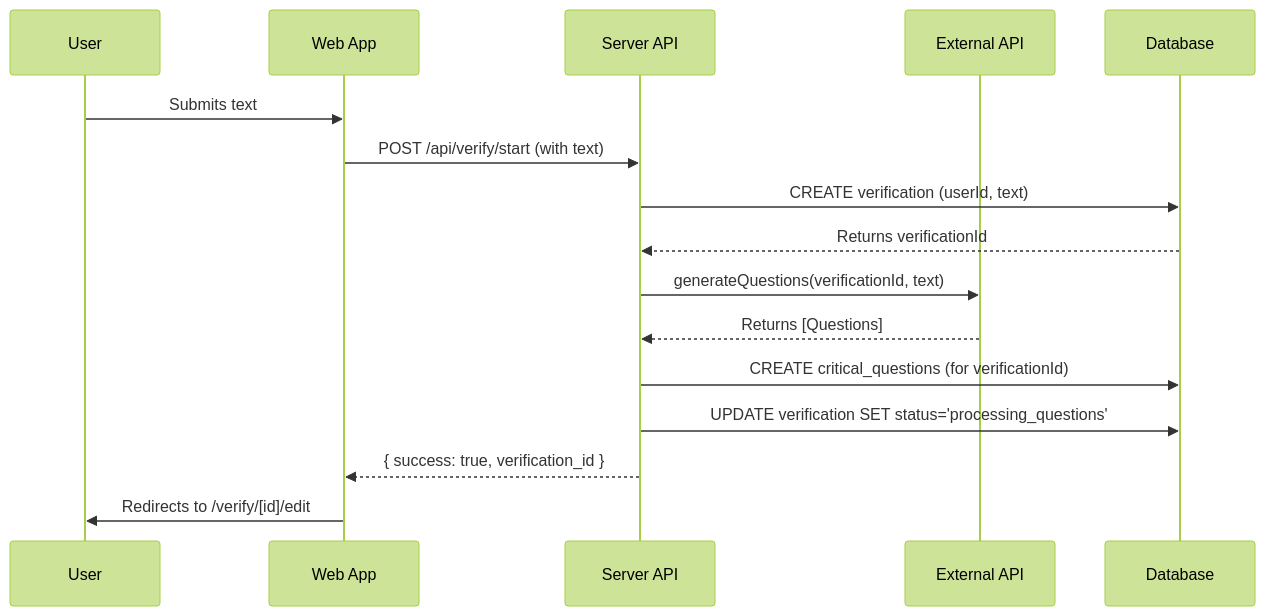
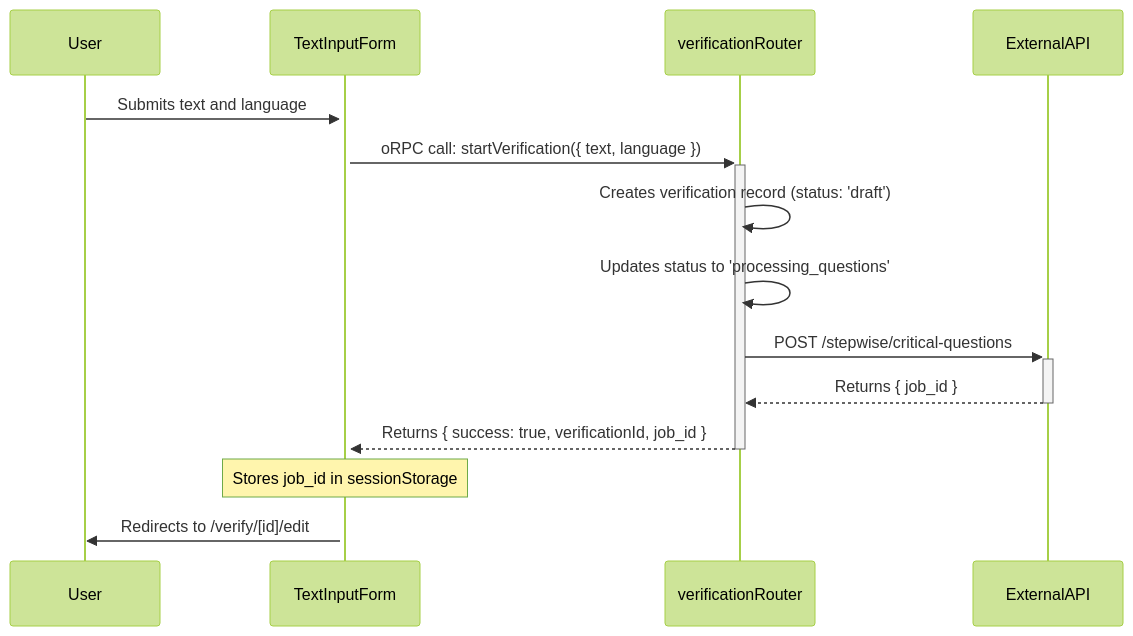
The first of 3 diagrams in docs/VERIFICATION.md (checkeapp-group/CheckeApp), drawn with Mermaid (forest theme) before and after one commit. The commit also changed other lines of this file and 5 other files, not shown here.

Commit message:
docs: add comprehensive API documentation and enhance authentication, database, server, and verification flow documentation

````diff
--- a/docs/VERIFICATION.md
+++ b/docs/VERIFICATION.md
@@ -24,19 +24,18 @@
 ```mermaid
 sequenceDiagram
     participant User
-    participant Web App
-    participant Server API
-    participant External API
-    participant Database
+    participant FE as TextInputForm
+    participant BE as verificationRouter
+    participant ExtAPI as ExternalAPI
 
-    User->>Web App: Submits text
-    Web App->>Server API: POST /api/verify/start (with text)
-    Server API->>Database: CREATE verification (userId, text)
-    Database-->>Server API: Returns verificationId
-    Server API->>External API: generateQuestions(verificationId, text)
-    External API-->>Server API: Returns [Questions]
-    Server API->>Database: CREATE critical_questions (for verificationId)
-    Server API->>Database: UPDATE verification SET status='processing_questions'
-    Server API-->>Web App: { success: true, verification_id }
-    Web App->>User: Redirects to /verify/[id]/edit
+    User->>+FE: Submits text and language
+    FE->>+BE: oRPC call: startVerification({ text, language })
+    BE->>BE: Creates verification record (status: 'draft')
+    BE->>BE: Updates status to 'processing_questions'
+    BE->>+ExtAPI: POST /stepwise/critical-questions
+    ExtAPI-->>-BE: Returns { job_id }
+    BE-->>-FE: Returns { success: true, verificationId, job_id }
+    Note over FE: Stores job_id in sessionStorage
+    FE->>User: Redirects to /verify/[id]/edit
+
 ```
````
